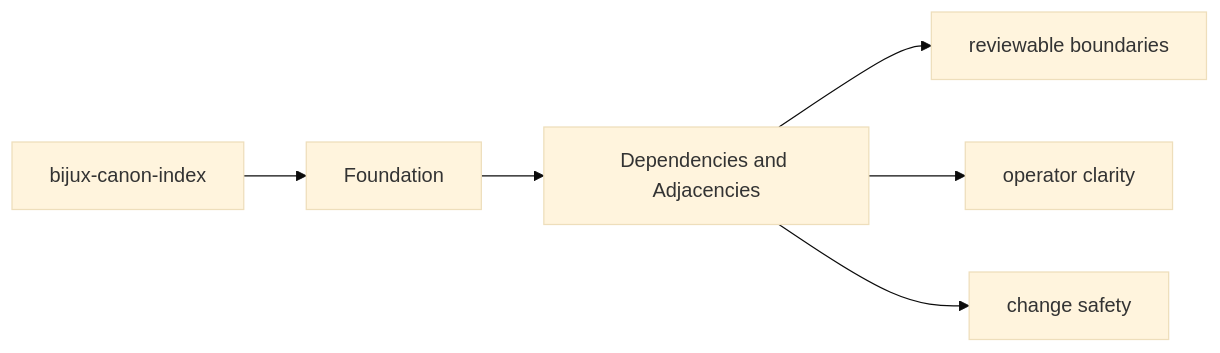
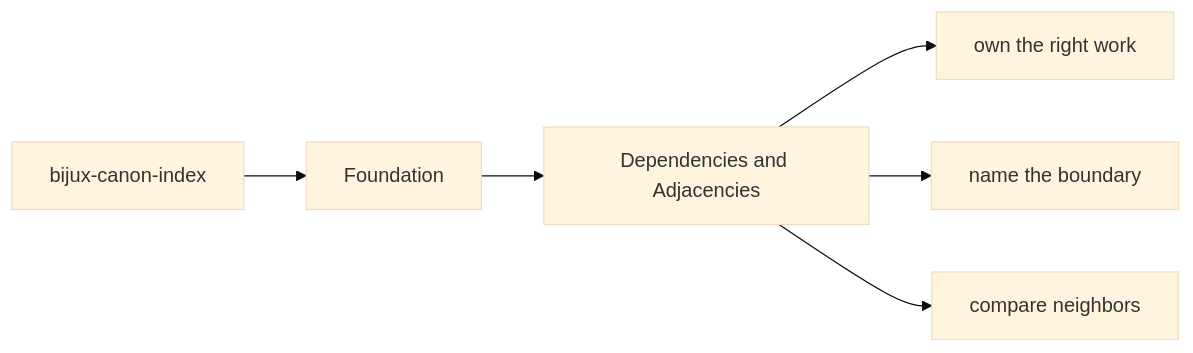
The first of 2 diagrams in docs/bijux-canon-index/foundation/dependencies-and-adjacencies.md (bijux/bijux-canon), drawn with Mermaid (base theme) before and after one commit. The commit also changed other lines of this file and 250 other files, not shown here.

Commit message:
docs(diagrams): make product page maps more readable

````diff
--- a/docs/bijux-canon-index/foundation/dependencies-and-adjacencies.md
+++ b/docs/bijux-canon-index/foundation/dependencies-and-adjacencies.md
@@ -24,11 +24,11 @@
 ```mermaid
 flowchart LR
     scope["bijux-canon-index"] --> section["Foundation"]
     section --> page["Dependencies and Adjacencies"]
-    dest1["reviewable boundaries"]
-    dest2["operator clarity"]
-    dest3["change safety"]
+    dest1["own the right work"]
+    dest2["name the boundary"]
+    dest3["compare neighbors"]
     page --> dest1
     page --> dest2
     page --> dest3
 ```
````
